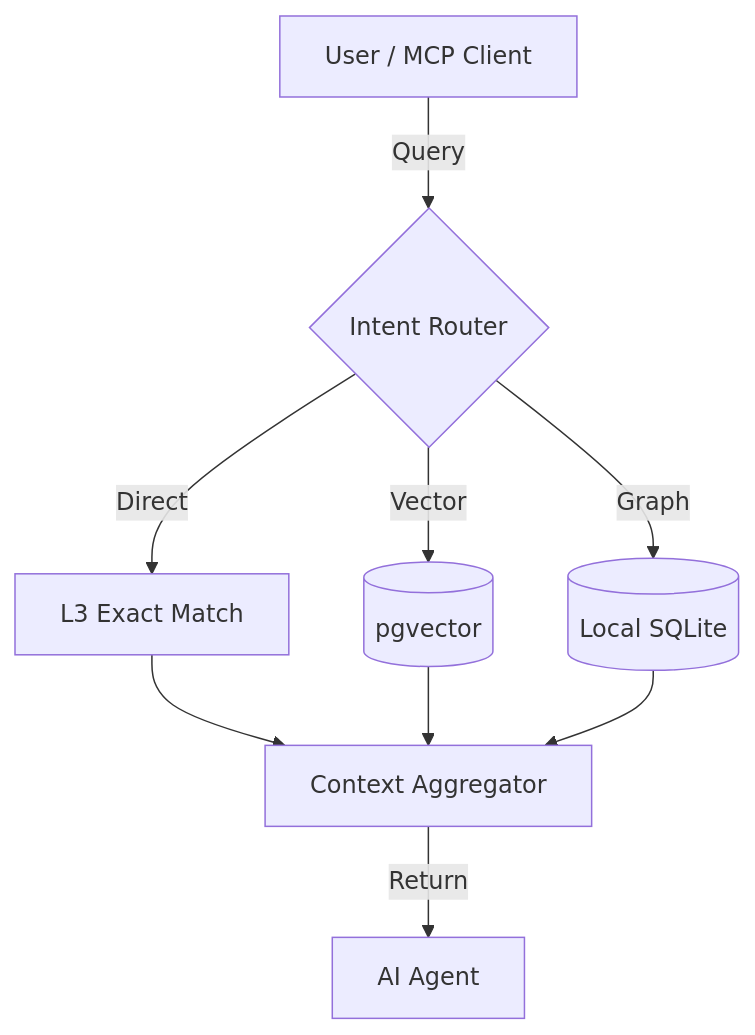
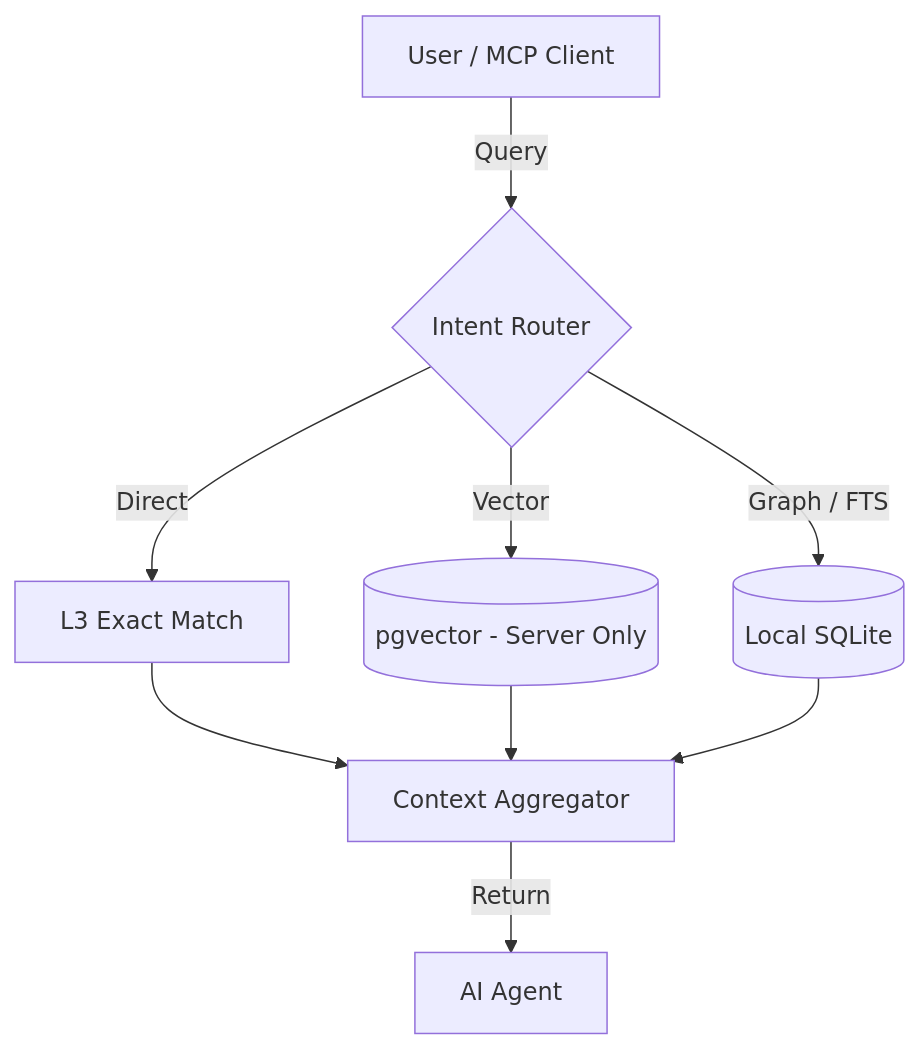
One commit to dyphn1/Docuvia changed the diagram in docs/gitbook/roadmap/features/vector-index-search.md. Above: the diagram before and after it, drawn with Mermaid. The commit also changed other lines of this file and 46 other files, not shown here.

First line of the commit message:
docs(architecture): expand roadmap and update architecture records

````diff
--- a/docs/gitbook/roadmap/features/vector-index-search.md
+++ b/docs/gitbook/roadmap/features/vector-index-search.md
@@ -15,11 +20,11 @@
 ```mermaid
 graph TD
     User[User / MCP Client] --> |Query| Router{Intent Router}
     Router --> |Direct| L3[L3 Exact Match]
-    Router --> |Vector| VDB[(pgvector)]
-    Router --> |Graph| SQL[(Local SQLite)]
+    Router --> |Vector| VDB[(pgvector - Server Only)]
+    Router --> |Graph / FTS| SQL[(Local SQLite)]
     L3 --> Context[Context Aggregator]
     VDB --> Context
     SQL --> Context
     Context --> |Return| LLM[AI Agent]
 ```
````
